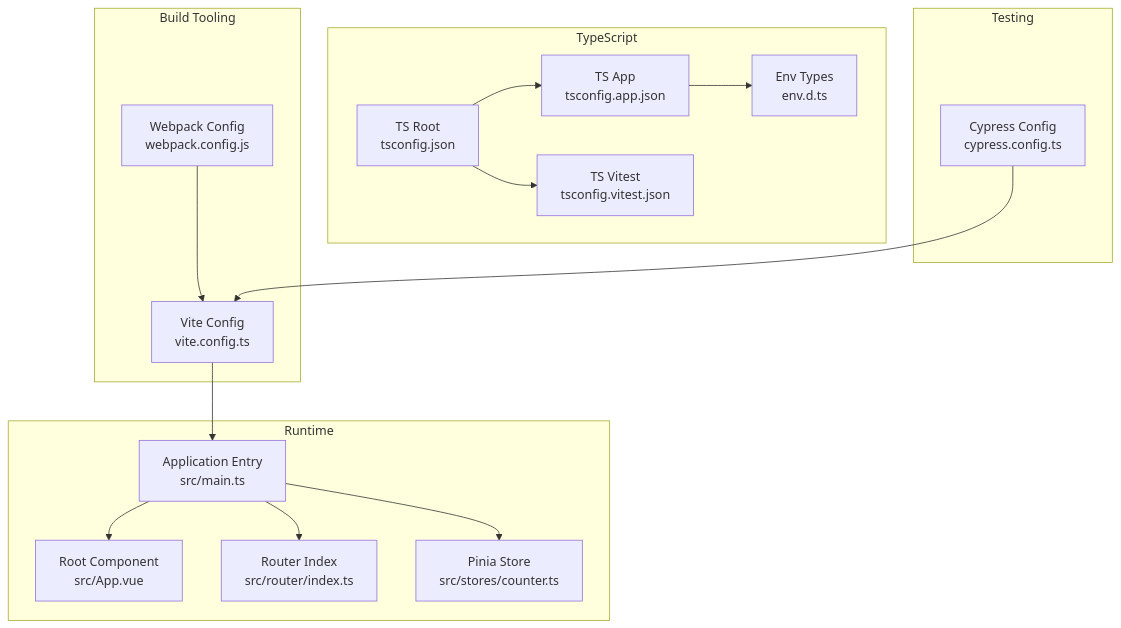
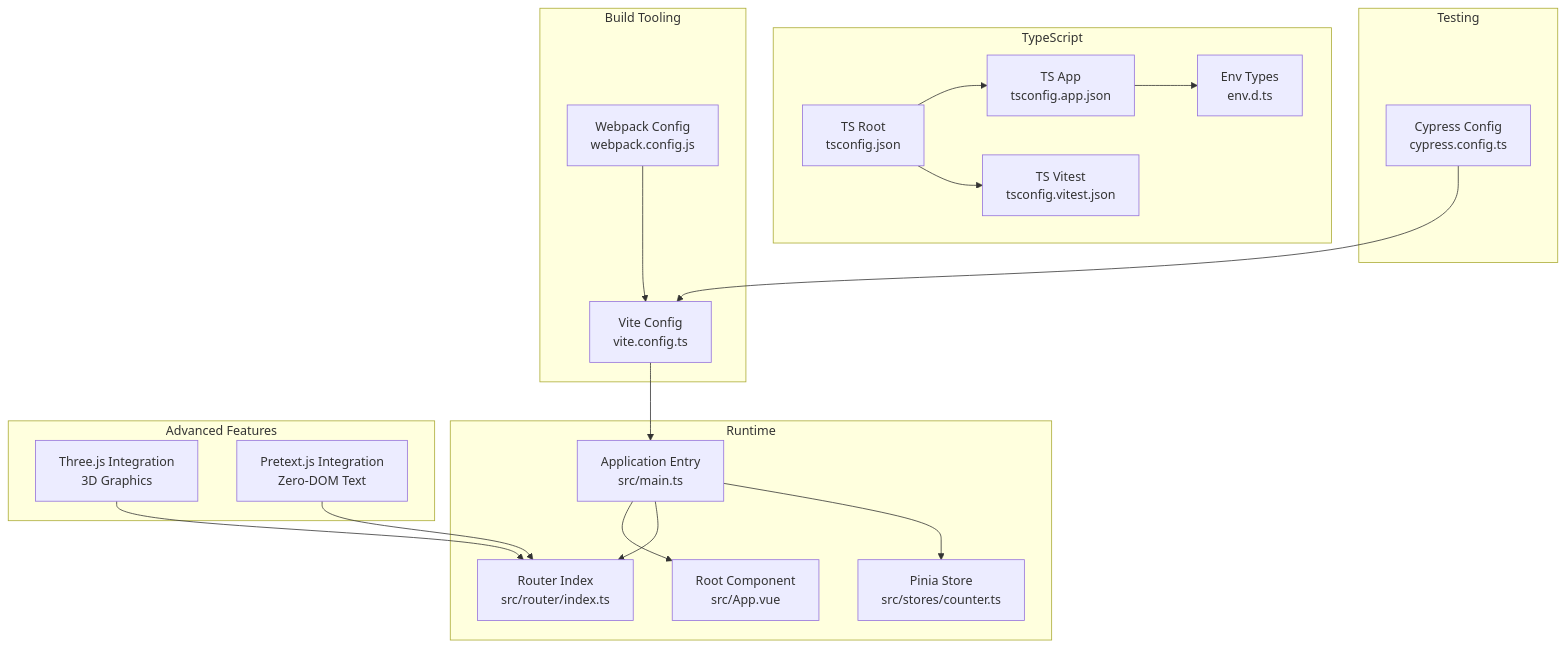
The first of 10 diagrams in .qoder/repowiki/en/content/Technical Implementation/Technical Implementation.md (adminfyy/adminfyy.github.io), drawn with Mermaid before and after one commit. The commit also changed other lines of this file and 34 other files, not shown here.

````diff
--- a/.qoder/repowiki/en/content/Technical Implementation/Technical Implementation.md
+++ b/.qoder/repowiki/en/content/Technical Implementation/Technical Implementation.md
@@ -46,31 +60,37 @@
 ```mermaid
 graph TB
 subgraph "Build Tooling"
 Vite["Vite Config<br/>vite.config.ts"]
 Webpack["Webpack Config<br/>webpack.config.js"]
 end
 subgraph "Runtime"
 Main["Application Entry<br/>src/main.ts"]
 App["Root Component<br/>src/App.vue"]
 Router["Router Index<br/>src/router/index.ts"]
 Stores["Pinia Store<br/>src/stores/counter.ts"]
 end
 subgraph "TypeScript"
 TSRoot["TS Root<br/>tsconfig.json"]
 TSApp["TS App<br/>tsconfig.app.json"]
 TSVitest["TS Vitest<br/>tsconfig.vitest.json"]
 EnvDTS["Env Types<br/>env.d.ts"]
 end
 subgraph "Testing"
 CypressCfg["Cypress Config<br/>cypress.config.ts"]
 end
+subgraph "Advanced Features"
+ThreeJS["Three.js Integration<br/>3D Graphics"]
+Pretext["Pretext.js Integration<br/>Zero-DOM Text"]
+end
 Vite --> Main
 Webpack --> Vite
 Main --> App
 Main --> Router
 Main --> Stores
 TSRoot --> TSApp
 TSRoot --> TSVitest
 TSApp --> EnvDTS
 CypressCfg --> Vite
+ThreeJS --> Router
+Pretext --> Router
 ```
````
